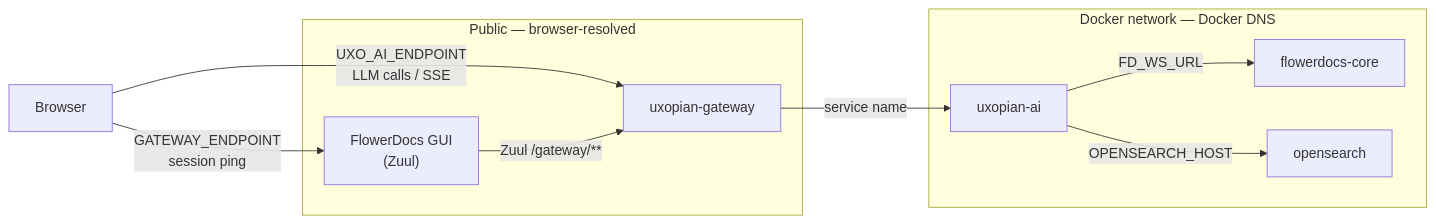
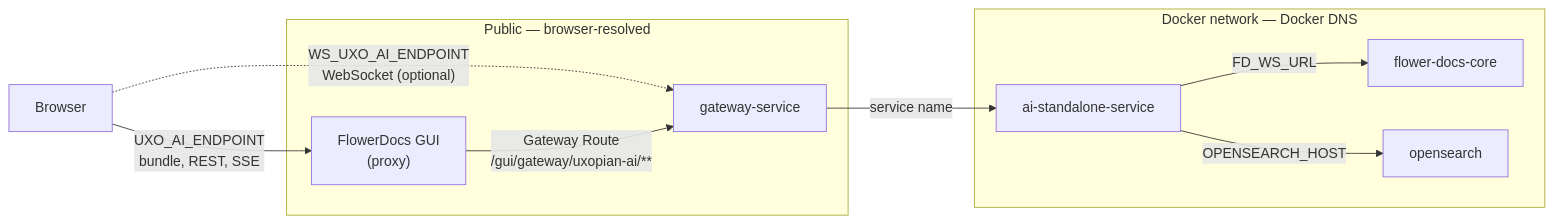
The second of 2 diagrams in docs/uxopian-ai/installation/docker.md (Uxopian/uxodocs), drawn with Mermaid before and after one commit. The commit also changed other lines of this file and 29 other files, not shown here.

First line of the commit message:
docs(uxopian-ai): fix the FlowerDocs installation path (TMAPR-7144)

````diff
--- a/docs/uxopian-ai/installation/docker.md
+++ b/docs/uxopian-ai/installation/docker.md
@@ -319,22 +319,22 @@
 ```mermaid
 flowchart LR
     Browser["Browser"]
 
     subgraph pub ["Public — browser-resolved"]
-        FDGUI["FlowerDocs GUI<br/>(Zuul)"]
-        GW["uxopian-gateway"]
+        FDGUI["FlowerDocs GUI<br/>(proxy)"]
+        GW["gateway-service"]
     end
 
     subgraph dock ["Docker network — Docker DNS"]
-        AI["uxopian-ai"]
-        FDCore["flowerdocs-core"]
+        AI["ai-standalone-service"]
+        FDCore["flower-docs-core"]
         OS["opensearch"]
     end
 
-    Browser -->|"GATEWAY_ENDPOINT<br/>session ping"| FDGUI
-    Browser -->|"UXO_AI_ENDPOINT<br/>LLM calls / SSE"| GW
-    FDGUI -->|"Zuul /gateway/**"| GW
+    Browser -->|"UXO_AI_ENDPOINT<br/>bundle, REST, SSE"| FDGUI
+    Browser -.->|"WS_UXO_AI_ENDPOINT<br/>WebSocket (optional)"| GW
+    FDGUI -->|"Gateway Route<br/>/gui/gateway/uxopian-ai/**"| GW
     GW -->|"service name"| AI
     AI -->|"FD_WS_URL"| FDCore
     AI -->|"OPENSEARCH_HOST"| OS
 ```
````
